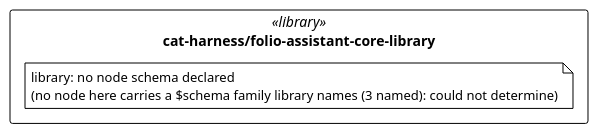
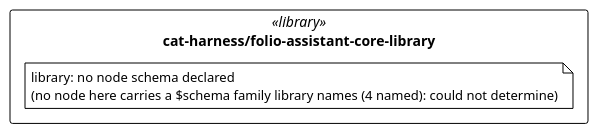
Before and after one commit to litlfred/folio-assistant: the diagram in cat-harness/uml/overview/cat-harness/folio-assistant-core-library.puml, drawn with PlantUML. The commit also changed 34 other files, not shown here.

First line of the commit message:
withheld schema: declare @graphNode, regenerate glossary, UML overview and the KG export result

```diff
--- a/cat-harness/uml/overview/cat-harness/folio-assistant-core-library.puml
+++ b/cat-harness/uml/overview/cat-harness/folio-assistant-core-library.puml
@@ -3,13 +3,13 @@
 @startuml cat_harness_folio_assistant_core_library
 !pragma layout elk
 !theme plain
 skinparam classAttributeIconSize 0
 skinparam shadowing false
 skinparam packageStyle rectangle
 hide empty methods
 
 package "cat-harness/folio-assistant-core-library" as pkg_cat_harness_folio_assistant_core_library <<library>> {
-  note "library: no node schema declared\n(no node here carries a $schema family library names (3 named): could not determine)" as n_cat_harness_folio_assistant_core_library_library
+  note "library: no node schema declared\n(no node here carries a $schema family library names (4 named): could not determine)" as n_cat_harness_folio_assistant_core_library_library
 }
 
 @enduml
```
